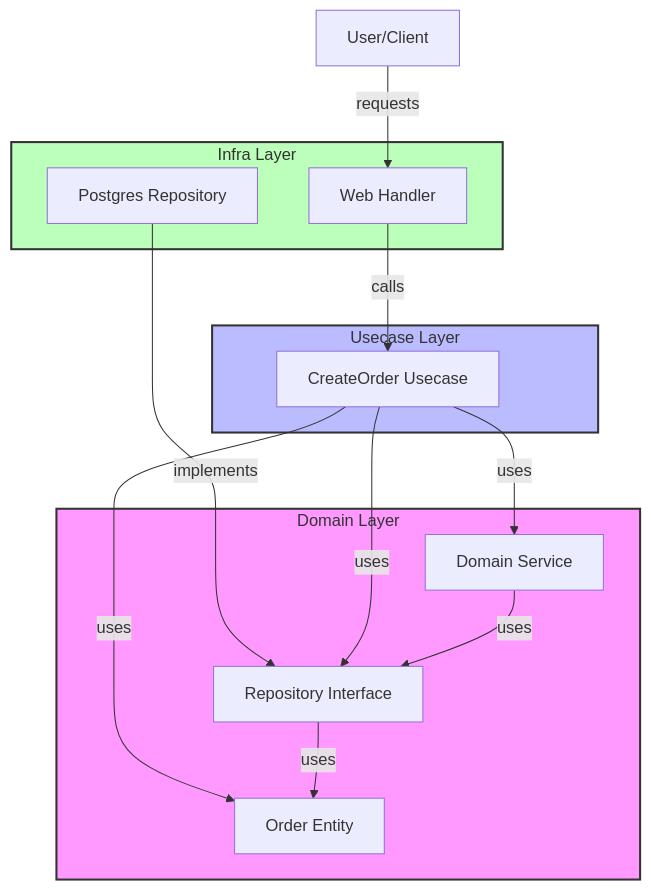
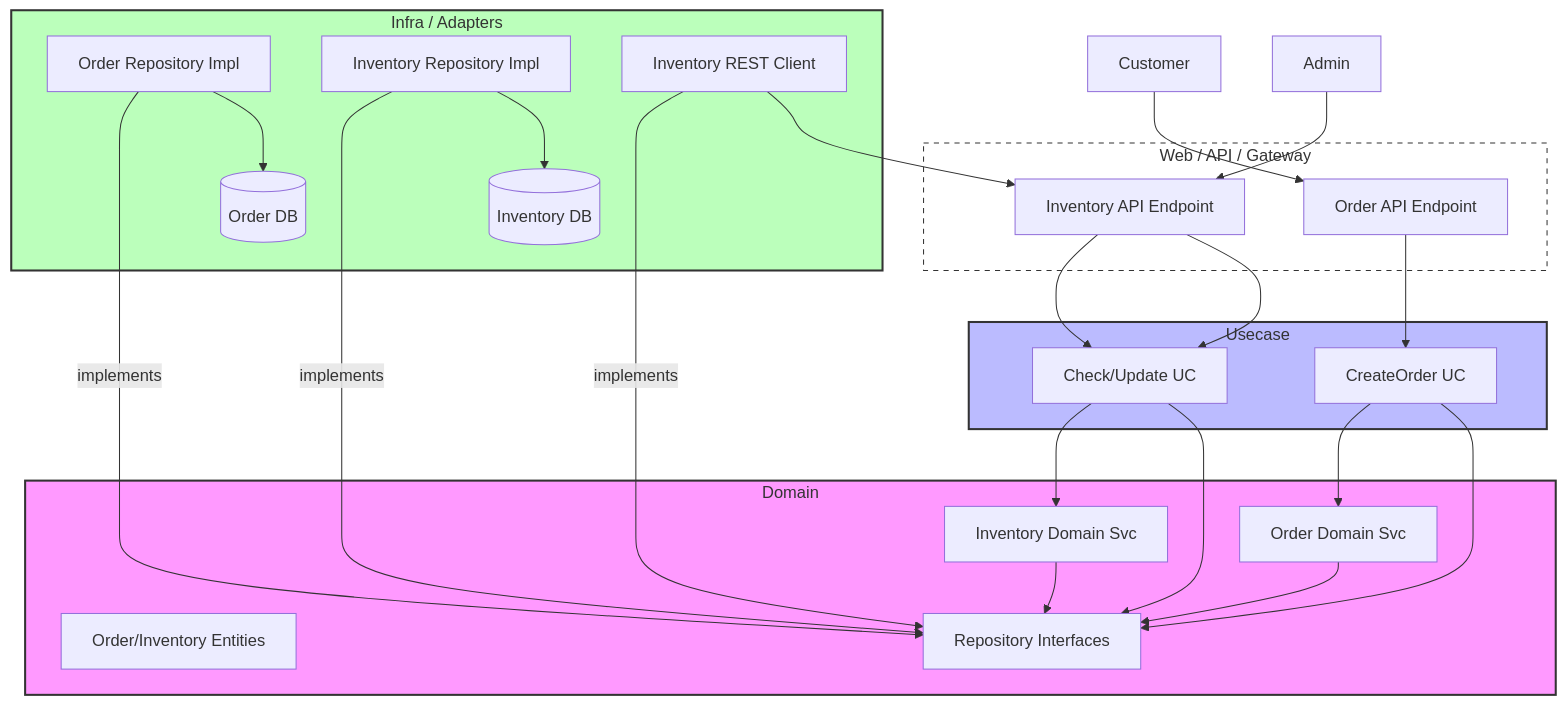
One commit to sandy2008/workshop changed the diagram in software/advent-of-calm-2025/docs/README_ja.md. Above: the diagram before and after it, drawn with Mermaid. The commit also changed other lines of this file and 6 other files, not shown here.

````diff
--- a/software/advent-of-calm-2025/docs/README_ja.md
+++ b/software/advent-of-calm-2025/docs/README_ja.md
@@ -33,32 +33,68 @@
 ```mermaid
 graph TD
-    User[User/Client]
-
-    subgraph Infrastructure [Infra Layer]
-        WebHandler[Web Handler]
-        PostgresRepo[Postgres Repository]
+    %% 外部要素 (Frameworks & Drivers / External)
+    Customer[Customer]
+    Admin[Admin]
+    
+    subgraph Gateway [Web / API / Gateway]
+        OrderAPI[Order API Endpoint]
+        InvAPI[Inventory API Endpoint]
     end
 
-    subgraph Usecase [Usecase Layer]
-        UC[CreateOrder Usecase]
+    subgraph UsecaseLayer [Usecase]
+        OrderUC[CreateOrder UC]
+        InvUC[Check/Update UC]
     end
 
-    subgraph Domain [Domain Layer]
-        Entity[Order Entity]
-        RepoInt[Repository Interface]
-        DS[Domain Service]
+    subgraph DomainLayer [Domain]
+        Entities[Order/Inventory Entities]
+        RepoInt[Repository Interfaces]
+        OrderDS[Order Domain Svc]
+        InvDS[Inventory Domain Svc]
     end
 
-    User -->|requests| WebHandler
-    WebHandler -->|calls| UC
-    PostgresRepo -->|implements| RepoInt
-    UC -->|uses| RepoInt
-    UC -->|uses| Entity
-    UC -->|uses| DS
-    DS -->|uses| RepoInt
-    RepoInt -->|uses| Entity
+    subgraph InfraLayer [Infra / Adapters]
+        OrderRepoImpl[Order Repository Impl]
+        InvRepoImpl[Inventory Repository Impl]
+        InvClientImpl[Inventory REST Client]
+        OrderDB[(Order DB)]
+        InvDB[(Inventory DB)]
+    end
 
-    style Domain fill:#f9f,stroke:#333,stroke-width:2px
-    style Usecase fill:#bbf,stroke:#333,stroke-width:2px
-    style Infrastructure fill:#bfb,stroke:#333,stroke-width:2px
+    %% 外部からのアクセス
+    Customer --> OrderAPI
+    Admin --> InvAPI
+    
+    %% APIからユースケースへ
+    OrderAPI --> OrderUC
+    InvAPI --> InvUC
+
+    %% ユースケースからドメインへの依存
+    OrderUC --> OrderDS
+    OrderUC --> RepoInt
+    InvUC --> InvDS
+    InvUC --> RepoInt
+
+    %% ドメインサービスからインターフェースへの依存
+    OrderDS --> RepoInt
+    InvDS --> RepoInt
+
+    %% 依存性逆転 (DIP)
+    OrderRepoImpl -- "implements" --> RepoInt
+    InvRepoImpl -- "implements" --> RepoInt
+    InvClientImpl -- "implements" --> RepoInt
+
+    %% 実装から外部リソースへのアクセス
+    OrderRepoImpl --> OrderDB
+    InvRepoImpl --> InvDB
+
+    %% サービス間連携とAdminフローの統一
+    %% OrderサービスもAdminも同じInventory APIを利用する
+    InvClientImpl --> InvAPI
+    InvAPI --> InvUC
+
+    style DomainLayer fill:#f9f,stroke:#333,stroke-width:2px
+    style UsecaseLayer fill:#bbf,stroke:#333,stroke-width:2px
+    style InfraLayer fill:#bfb,stroke:#333,stroke-width:2px
+    style Gateway fill:#fff,stroke:#333,stroke-dasharray: 5 5
 ```
````
